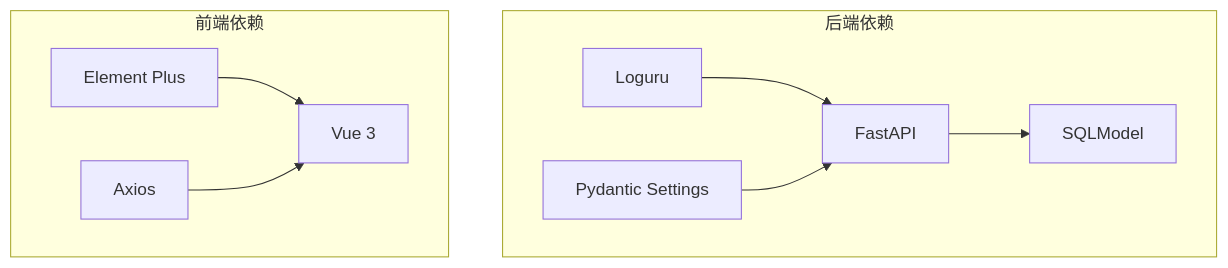
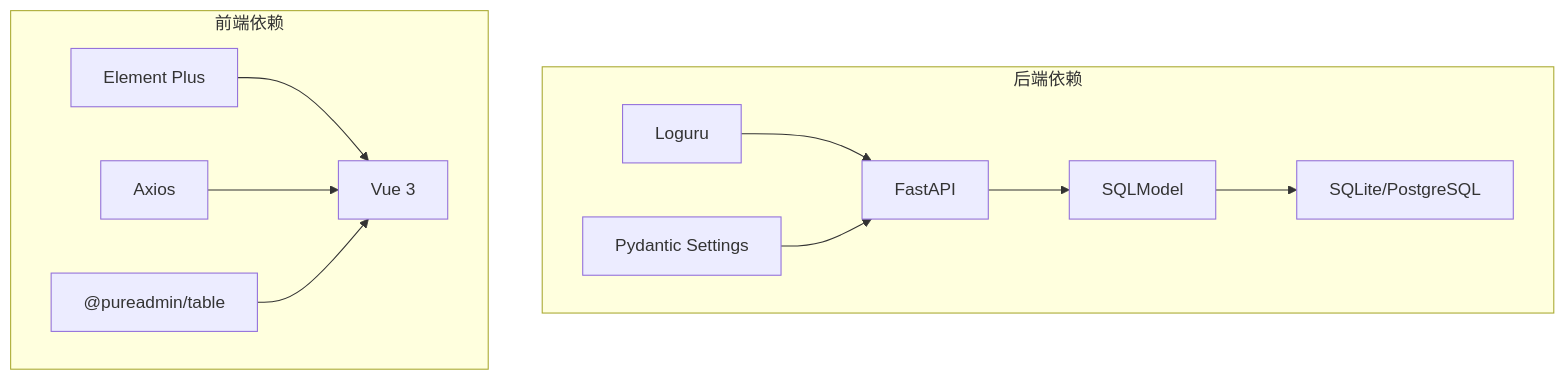
Before and after one commit to taoweidong/Hello-FastApi: the eighth of 8 diagrams in .qoder/repowiki/zh/content/核心模块/日志系统.md, drawn with Mermaid. The commit also changed other lines of this file and 9 other files, not shown here.

````diff
--- a/.qoder/repowiki/zh/content/核心模块/日志系统.md
+++ b/.qoder/repowiki/zh/content/核心模块/日志系统.md
@@ -315,19 +586,23 @@
 ```mermaid
 graph TB
 subgraph "后端依赖"
 L["Loguru"]
 F["FastAPI"]
 S["SQLModel"]
 P["Pydantic Settings"]
+DB["SQLite/PostgreSQL"]
 end
 subgraph "前端依赖"
 E["Element Plus"]
 V["Vue 3"]
 A["Axios"]
+PA["@pureadmin/table"]
 end
 L --> F
 F --> S
 P --> F
+S --> DB
 E --> V
 A --> V
+PA --> V
 ```
````
